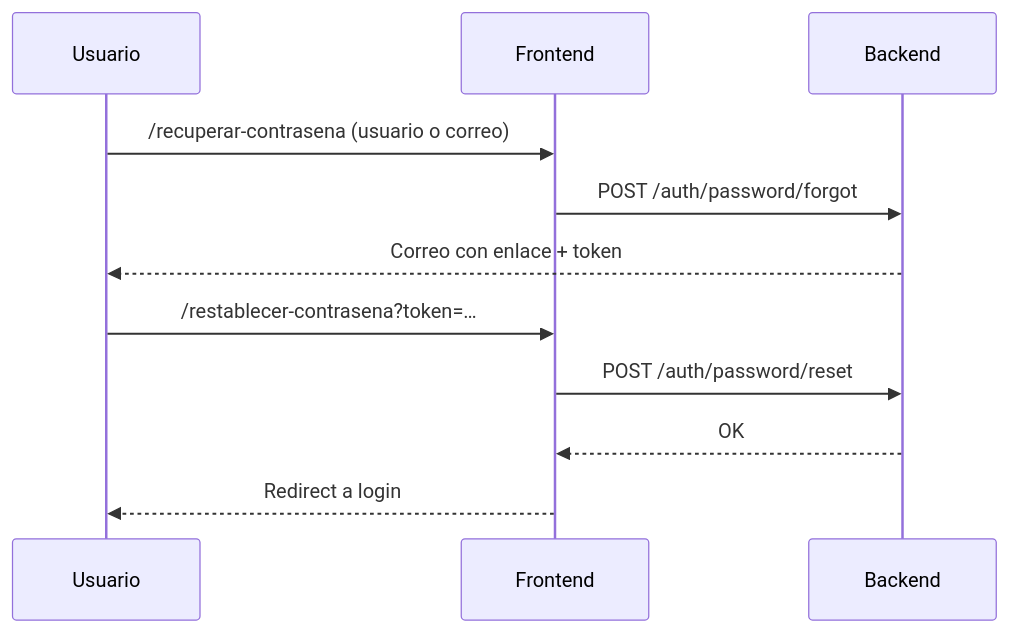
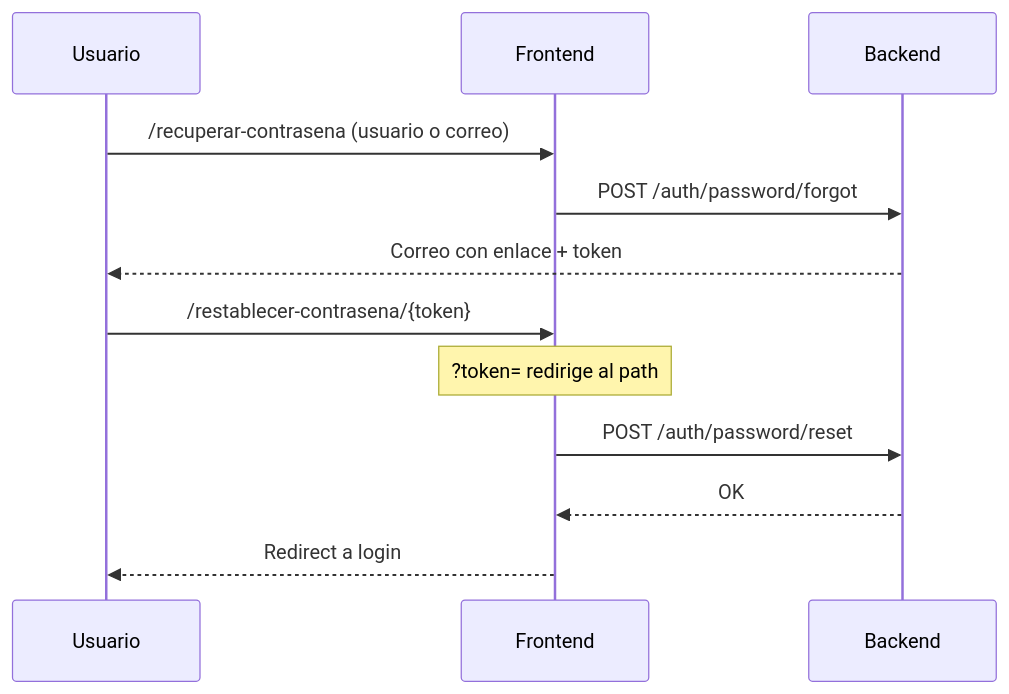
The third of 9 diagrams in docs/FLUJOS.md (mariasan001/front-servicio-social), drawn with Mermaid before and after one commit. The commit also changed other lines of this file and 7 other files, not shown here.

````diff
--- a/docs/FLUJOS.md
+++ b/docs/FLUJOS.md
@@ -84,14 +84,15 @@
 ```mermaid
 sequenceDiagram
   participant U as Usuario
   participant F as Frontend
   participant API as Backend
 
   U->>F: /recuperar-contrasena (usuario o correo)
   F->>API: POST /auth/password/forgot
   API-->>U: Correo con enlace + token
-  U->>F: /restablecer-contrasena?token=…
+  U->>F: /restablecer-contrasena/{token}
+  Note over F: ?token= redirige al path
   F->>API: POST /auth/password/reset
   API-->>F: OK
   F-->>U: Redirect a login
 ```
````
